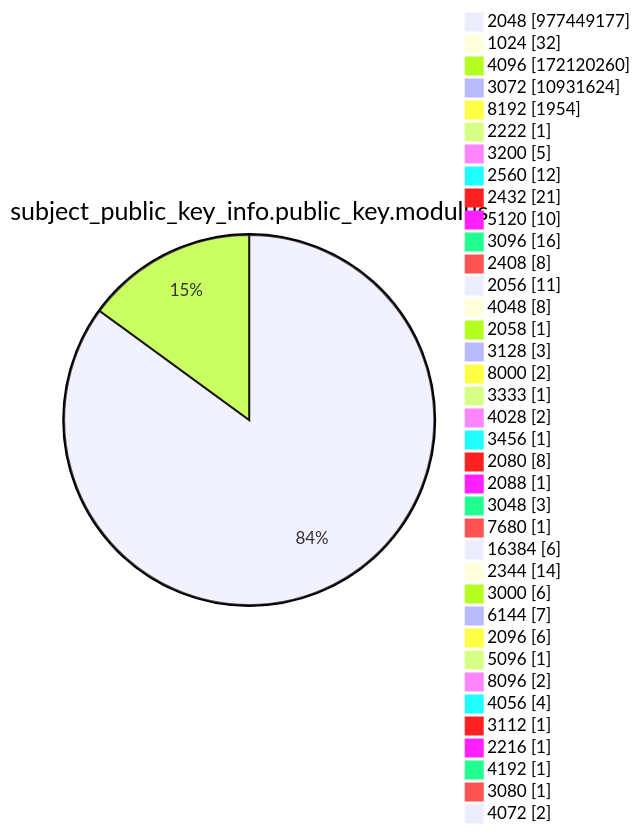
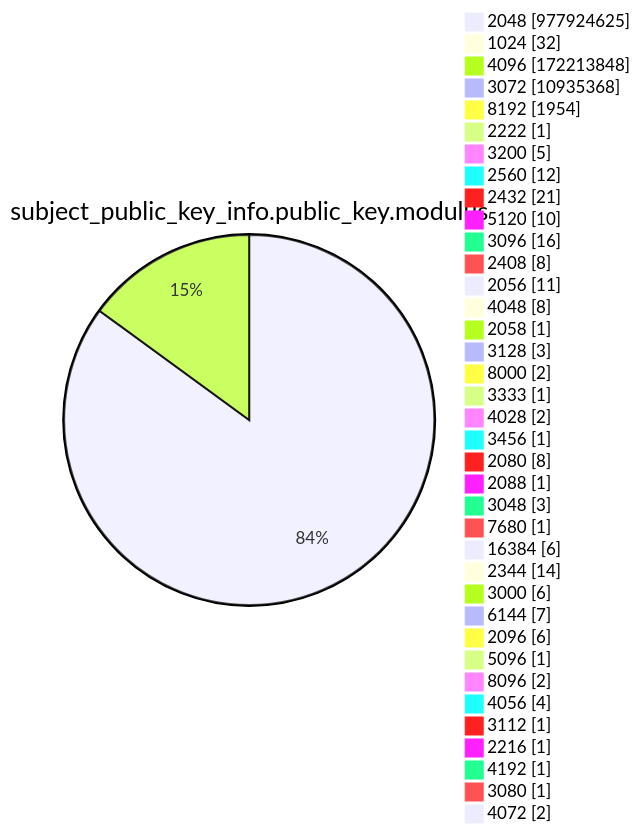
Before and after one commit to christiankrug/ctmonitor_visualization: diagram 13 of 15 in argon2022/README.md, drawn with Mermaid. The commit also changed other lines of this file, not shown here.

````diff
--- a/argon2022/README.md
+++ b/argon2022/README.md
@@ -3587,41 +3587,41 @@
 ```mermaid
 pie showData
 title subject_public_key_info.public_key.modulus
-"2048" :977449177
+"2048" :977924625
 "1024" :32
-"4096" :172120260
-"3072" :10931624
+"4096" :172213848
+"3072" :10935368
 "8192" :1954
 "2222" :1
 "3200" :5
 "2560" :12
 "2432" :21
 "5120" :10
 "3096" :16
 "2408" :8
 "2056" :11
 "4048" :8
 "2058" :1
 "3128" :3
 "8000" :2
 "3333" :1
 "4028" :2
 "3456" :1
 "2080" :8
 "2088" :1
 "3048" :3
 "7680" :1
 "16384" :6
 "2344" :14
 "3000" :6
 "6144" :7
 "2096" :6
 "5096" :1
 "8096" :2
 "4056" :4
 "3112" :1
 "2216" :1
 "4192" :1
 "3080" :1
 "4072" :2
 ```
````
